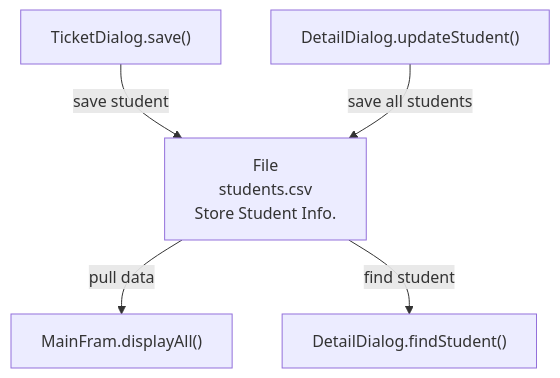
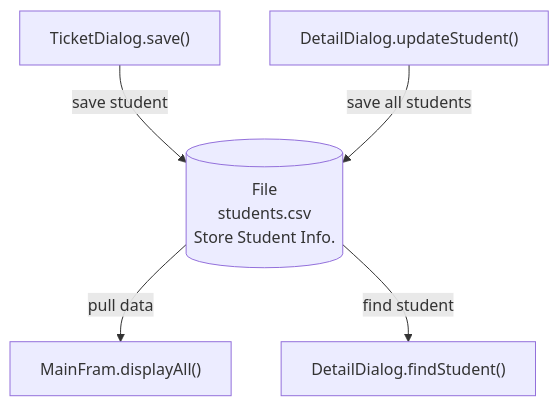
The third of 6 diagrams in doc/danceticket.md (RodneyDong/java), drawn with Mermaid before and after one commit. The commit also changed other lines of this file and 33 other files, not shown here.

````diff
--- a/doc/danceticket.md
+++ b/doc/danceticket.md
@@ -109,12 +125,12 @@
 ```mermaid
 graph TB
 MAIN_GET["MainFram.displayAll()"]
 TICKET["TicketDialog.save()"]
 UPDATE["DetailDialog.updateStudent()"]
 DETAIL["DetailDialog.findStudent()"]
-FILE["File<br/>students.csv<br/>Store Student Info."]
+FILE[("File<br/>students.csv<br/>Store Student Info.")]
 FILE--pull data-->MAIN_GET
 TICKET--save student-->FILE
 UPDATE--save all students-->FILE
 FILE--find student-->DETAIL
 ```
````
